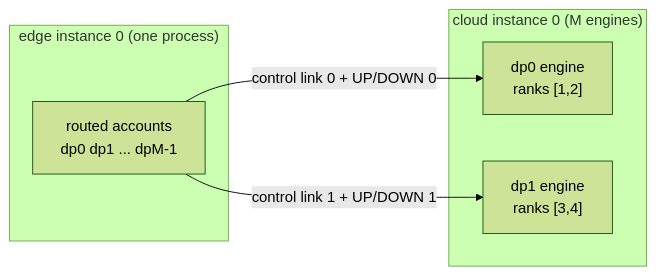
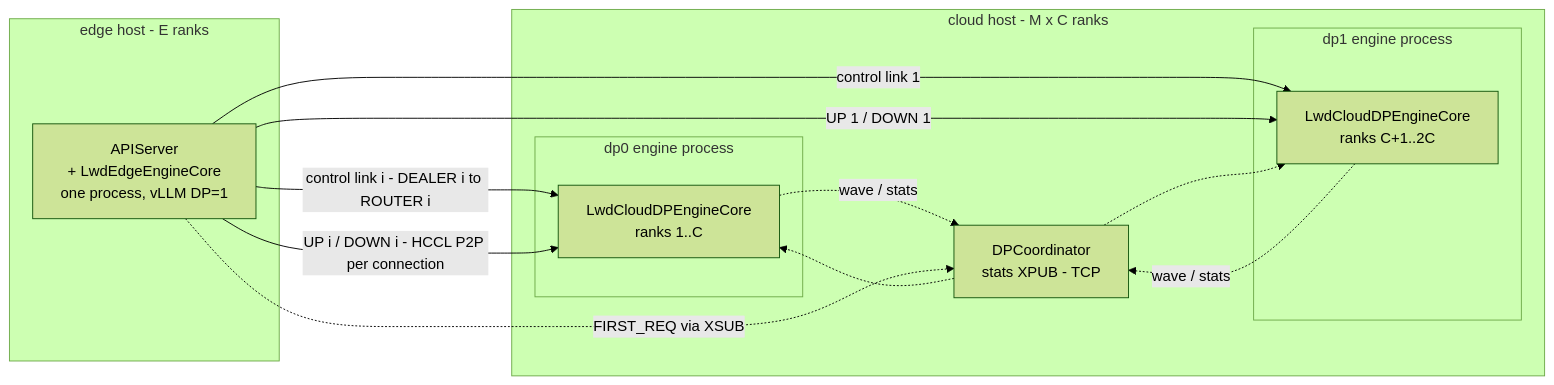
Before and after one commit to Chloe-orz/vllm-maintomain: the first of 13 diagrams in docs/design/lwd_multi_dp.md, drawn with Mermaid (forest theme). The commit also changed other lines of this file, not shown here.

````diff
--- a/docs/design/lwd_multi_dp.md
+++ b/docs/design/lwd_multi_dp.md
@@ -23,12 +25,24 @@
 ```mermaid
 flowchart LR
-    subgraph Edge["edge instance 0 (one process)"]
-        E["routed accounts<br/>dp0 dp1 ... dpM-1"]
+    subgraph EdgeHost["edge host - E ranks"]
+        API["APIServer<br/>+ LwdEdgeEngineCore<br/>one process, vLLM DP=1"]
     end
-    subgraph Cloud["cloud instance 0 (M engines)"]
-        C0["dp0 engine<br/>ranks [1,2]"]
-        C1["dp1 engine<br/>ranks [3,4]"]
+    subgraph CloudHost["cloud host - M x C ranks"]
+        subgraph Eng0["dp0 engine process"]
+            C0["LwdCloudDPEngineCore<br/>ranks 1..C"]
+        end
+        subgraph Eng1["dp1 engine process"]
+            C1["LwdCloudDPEngineCore<br/>ranks C+1..2C"]
+        end
+        COORD["DPCoordinator<br/>stats XPUB - TCP"]
     end
-    E -- "control link 0 + UP/DOWN 0" --> C0
-    E -- "control link 1 + UP/DOWN 1" --> C1
+    API -- "control link i - DEALER i to ROUTER i" --> C0
+    API -- "control link 1" --> C1
+    API -- "UP i / DOWN i - HCCL P2P per connection" --> C0
+    API -- "UP 1 / DOWN 1" --> C1
+    C0 -. "wave / stats" .-> COORD
+    COORD -.-> C0
+    C1 -. "wave / stats" .-> COORD
+    COORD -.-> C1
+    API -. "FIRST_REQ via XSUB" .-> COORD
 ```
````
